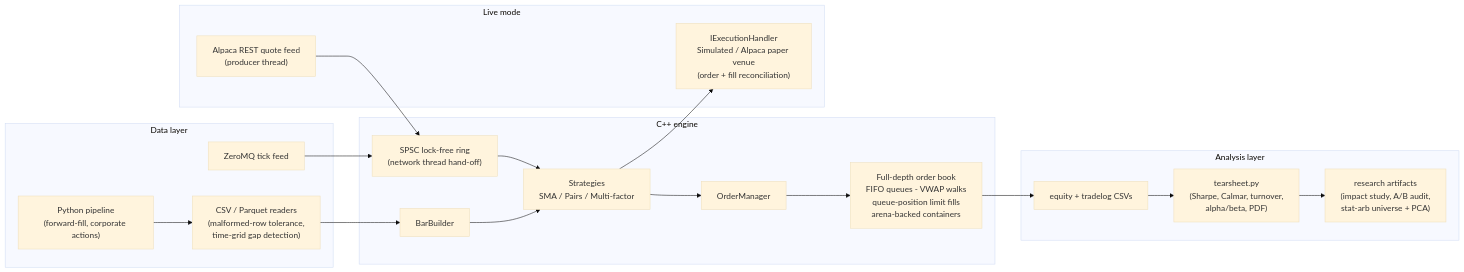
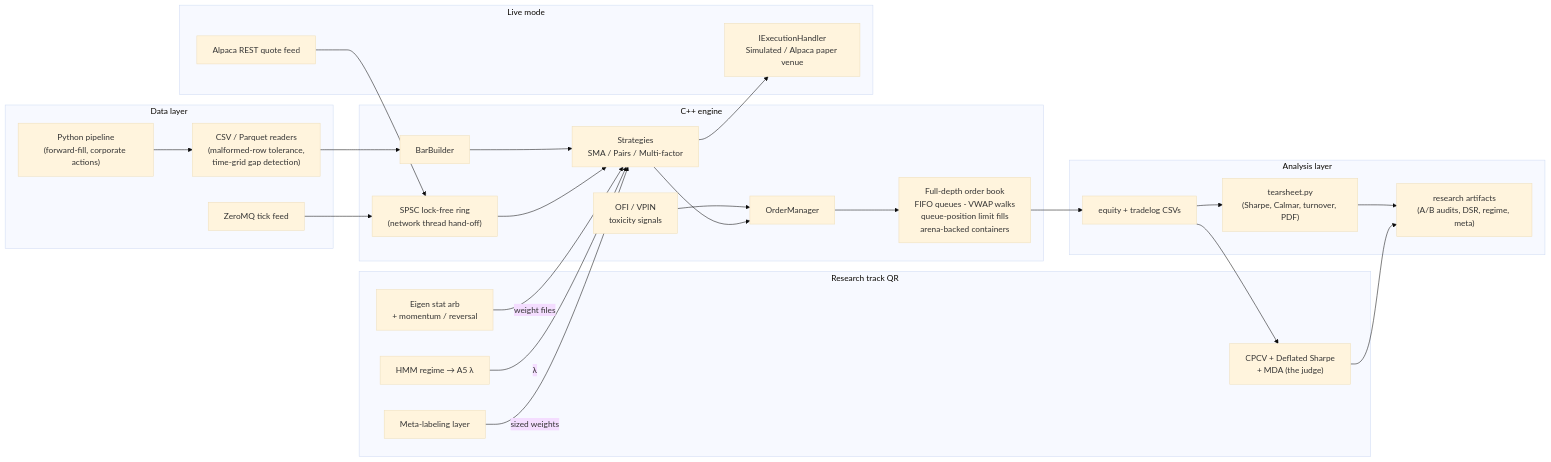
One commit to MarcusJMyrick/Quantitative-Strategy-Engine-QSE- changed the diagram in README.md. Above: the diagram before and after it, drawn with Mermaid (base theme). The commit also changed other lines of this file, not shown here.

First line of the commit message:
docs(readme): full rewrite for the completed Track QR (dual audience)

````diff
--- a/README.md
+++ b/README.md
@@ -171,29 +197,41 @@
 ```mermaid
 flowchart LR
     subgraph ingest [Data layer]
         CSV["CSV / Parquet readers<br/>(malformed-row tolerance,<br/>time-grid gap detection)"]
         PY["Python pipeline<br/>(forward-fill, corporate actions)"]
         ZMQ["ZeroMQ tick feed"]
     end
     subgraph core [C++ engine]
         RING["SPSC lock-free ring<br/>(network thread hand-off)"]
         BB["BarBuilder"]
         STRAT["Strategies<br/>SMA / Pairs / Multi-factor"]
+        TOX["OFI / VPIN<br/>toxicity signals"]
         OM["OrderManager"]
         BOOK["Full-depth order book<br/>FIFO queues - VWAP walks<br/>queue-position limit fills<br/>arena-backed containers"]
     end
+    subgraph research [Research track QR]
+        SA["Eigen stat arb<br/>+ momentum / reversal"]
+        REG["HMM regime → A5 λ"]
+        META["Meta-labeling layer"]
+        VAL["CPCV + Deflated Sharpe<br/>+ MDA (the judge)"]
+    end
     subgraph live [Live mode]
-        FEED["Alpaca REST quote feed<br/>(producer thread)"]
-        EXE["IExecutionHandler<br/>Simulated / Alpaca paper venue<br/>(order + fill reconciliation)"]
+        FEED["Alpaca REST quote feed"]
+        EXE["IExecutionHandler<br/>Simulated / Alpaca paper venue"]
     end
     subgraph out [Analysis layer]
         LOGS["equity + tradelog CSVs"]
-        TEAR["tearsheet.py<br/>(Sharpe, Calmar, turnover,<br/>alpha/beta, PDF)"]
-        RES["research artifacts<br/>(impact study, A/B audit,<br/>stat-arb universe + PCA)"]
+        TEAR["tearsheet.py<br/>(Sharpe, Calmar, turnover, PDF)"]
+        RES["research artifacts<br/>(A/B audits, DSR, regime, meta)"]
     end
     PY --> CSV --> BB --> STRAT
     ZMQ --> RING --> STRAT
     FEED --> RING
+    TOX --> OM
     STRAT --> OM --> BOOK --> LOGS --> TEAR --> RES
     STRAT --> EXE
+    SA -->|weight files| STRAT
+    REG -->|λ| STRAT
+    META -->|sized weights| STRAT
+    LOGS --> VAL --> RES
 ```
````
